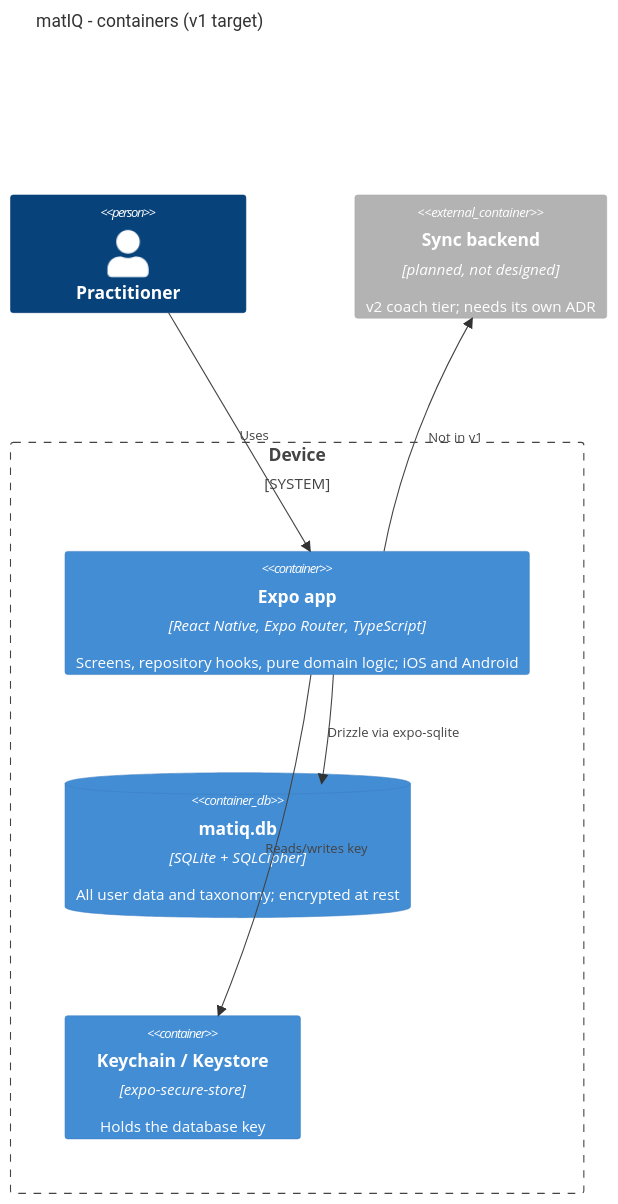
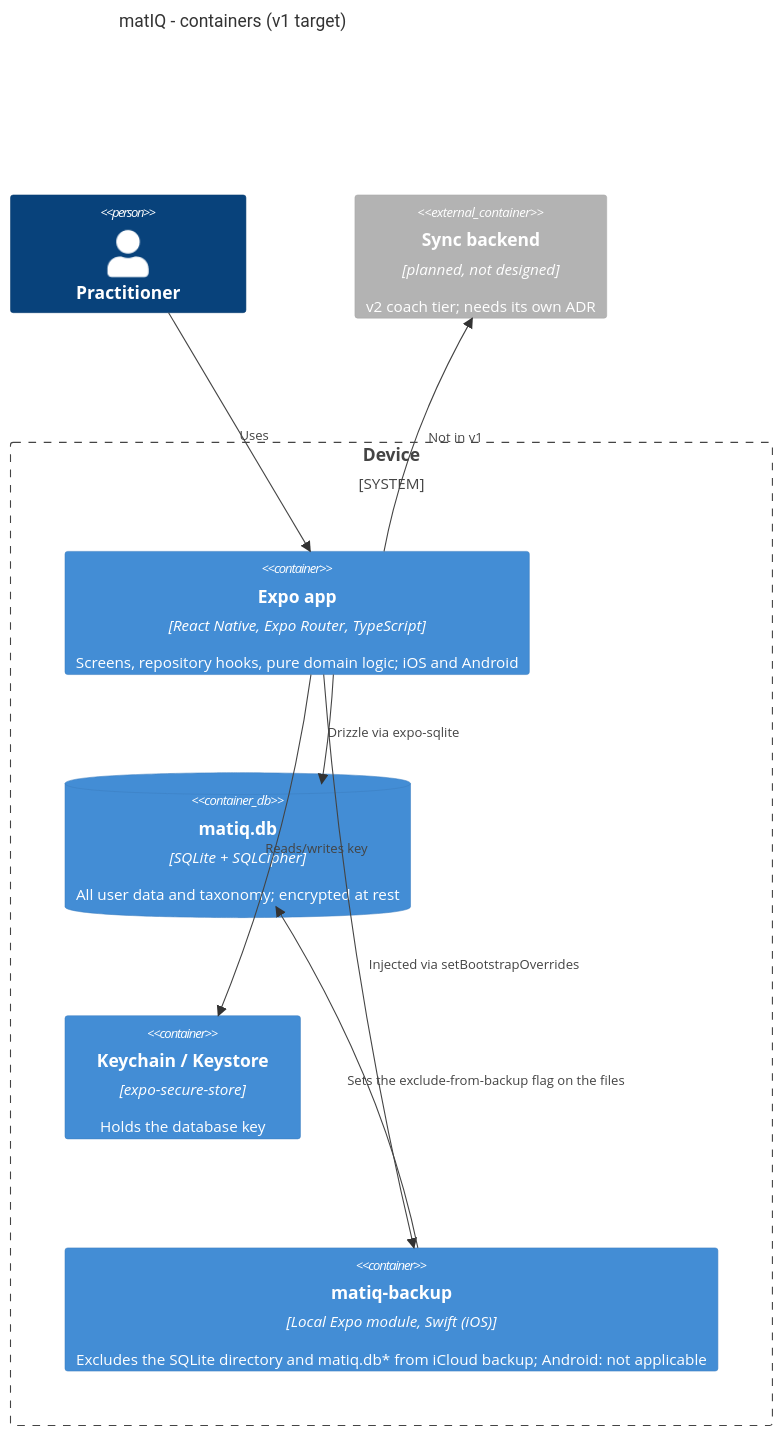
Before and after one commit to koenbtnt/matiq: the first of 3 diagrams in docs/architecture/05-building-blocks.md, drawn with Mermaid. The commit also changed other lines of this file and 19 other files, not shown here.

Commit message:
docs(progress-settings): architecture, ADRs, rulings, requirements, data model

````diff
--- a/docs/architecture/05-building-blocks.md
+++ b/docs/architecture/05-building-blocks.md
@@ -5,15 +5,18 @@
 ```mermaid
 C4Container
   title matIQ - containers (v1 target)
   Person(practitioner, "Practitioner")
   System_Boundary(device, "Device") {
     Container(app, "Expo app", "React Native, Expo Router, TypeScript", "Screens, repository hooks, pure domain logic; iOS and Android")
     ContainerDb(db, "matiq.db", "SQLite + SQLCipher", "All user data and taxonomy; encrypted at rest")
     Container(keystore, "Keychain / Keystore", "expo-secure-store", "Holds the database key")
+    Container(backupmod, "matiq-backup", "Local Expo module, Swift (iOS)", "Excludes the SQLite directory and matiq.db* from iCloud backup; Android: not applicable")
   }
   Container_Ext(backend, "Sync backend", "planned, not designed", "v2 coach tier; needs its own ADR")
   Rel(practitioner, app, "Uses")
   Rel(app, db, "Drizzle via expo-sqlite")
   Rel(app, keystore, "Reads/writes key")
+  Rel(app, backupmod, "Injected via setBootstrapOverrides")
+  Rel(backupmod, db, "Sets the exclude-from-backup flag on the files")
   Rel(app, backend, "Not in v1")
 ```
````
